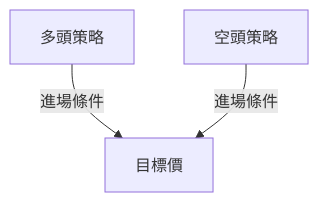
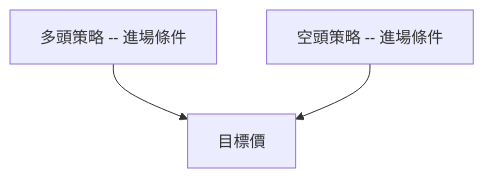
One commit to yennanliu/finance_data changed the ninth of 10 diagrams in ai_gen_report/stock/2330.tw/technical_analysis_2026-04-05_openai.md. Above: the diagram before and after it, drawn with Mermaid. The commit also changed other lines of this file and 2258 other files, not shown here.

First line of the commit message:
chore: backfill Mermaid syntax repair across existing reports

````diff
--- a/ai_gen_report/stock/2330.tw/technical_analysis_2026-04-05_openai.md
+++ b/ai_gen_report/stock/2330.tw/technical_analysis_2026-04-05_openai.md
@@ -317,5 +317,5 @@
 ```mermaid
 graph TD
-    多頭策略 -- 進場條件 --> 目標價
-    空頭策略 -- 進場條件 --> 目標價
+    nb1["多頭策略 -- 進場條件"] --> 目標價
+    nb2["空頭策略 -- 進場條件"] --> 目標價
 ```
````
